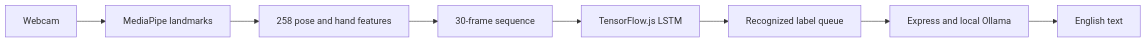
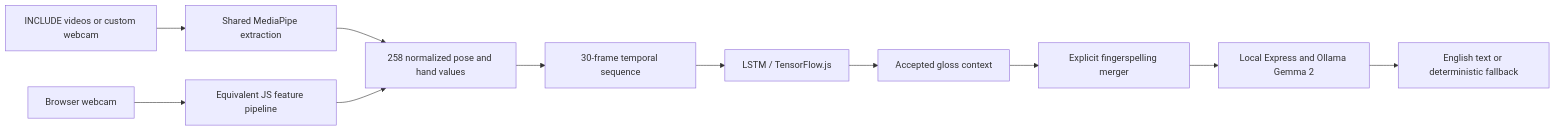
One commit to ujjwal-tiwari3039/Sanket-ISL-translator changed the diagram in README.md. Above: the diagram before and after it, drawn with Mermaid. The commit also changed other lines of this file and 92 other files, not shown here.

````diff
--- a/README.md
+++ b/README.md
@@ -40,10 +17,13 @@
 ```mermaid
 flowchart LR
-    A[Webcam] --> B[MediaPipe landmarks]
-    B --> C[258 pose and hand features]
-    C --> D[30-frame sequence]
-    D --> E[TensorFlow.js LSTM]
-    E --> F[Recognized label queue]
-    F --> G[Express and local Ollama]
-    G --> H[English text]
+    A[INCLUDE videos or custom webcam] --> B[Shared MediaPipe extraction]
+    C[Browser webcam] --> D[Equivalent JS feature pipeline]
+    B --> E[258 normalized pose and hand values]
+    D --> E
+    E --> F[30-frame temporal sequence]
+    F --> G[LSTM / TensorFlow.js]
+    G --> H[Accepted gloss context]
+    H --> I[Explicit fingerspelling merger]
+    I --> J[Local Express and Ollama Gemma 2]
+    J --> K[English text or deterministic fallback]
 ```
````
